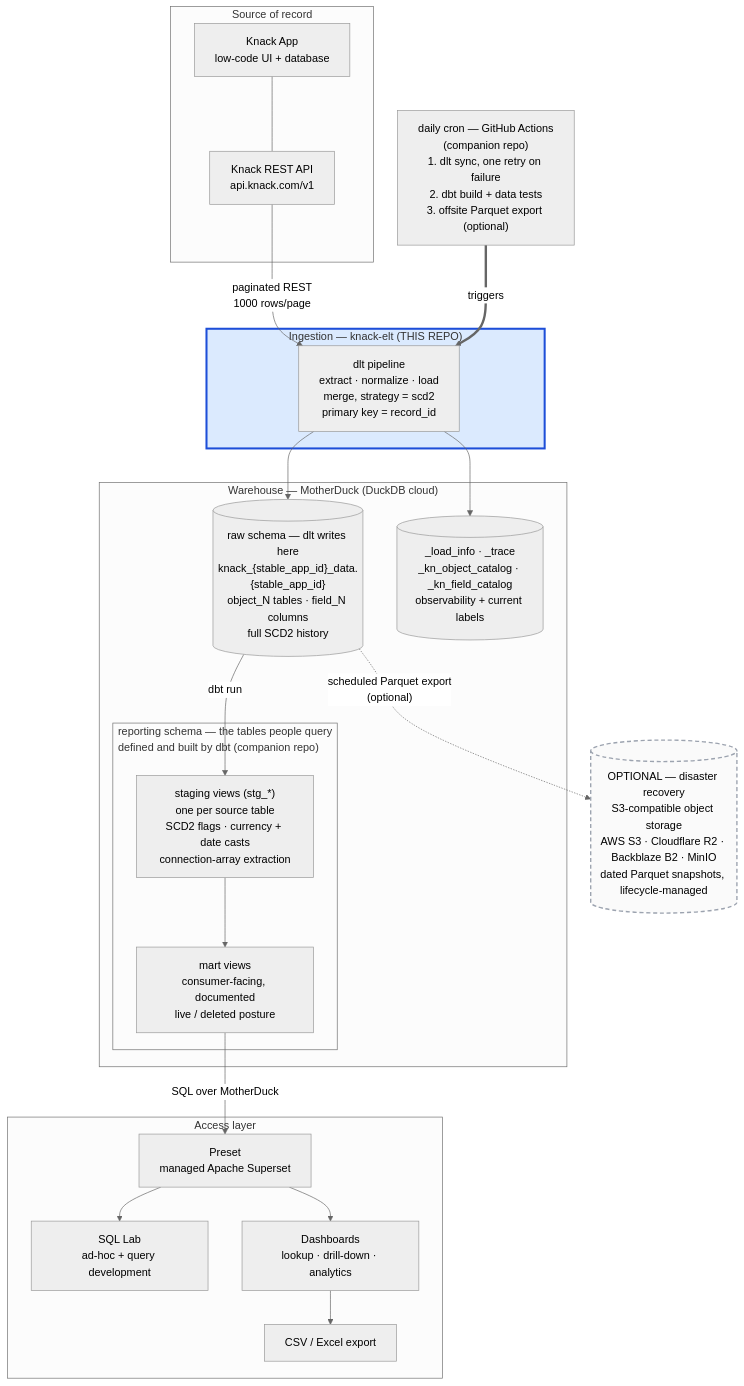
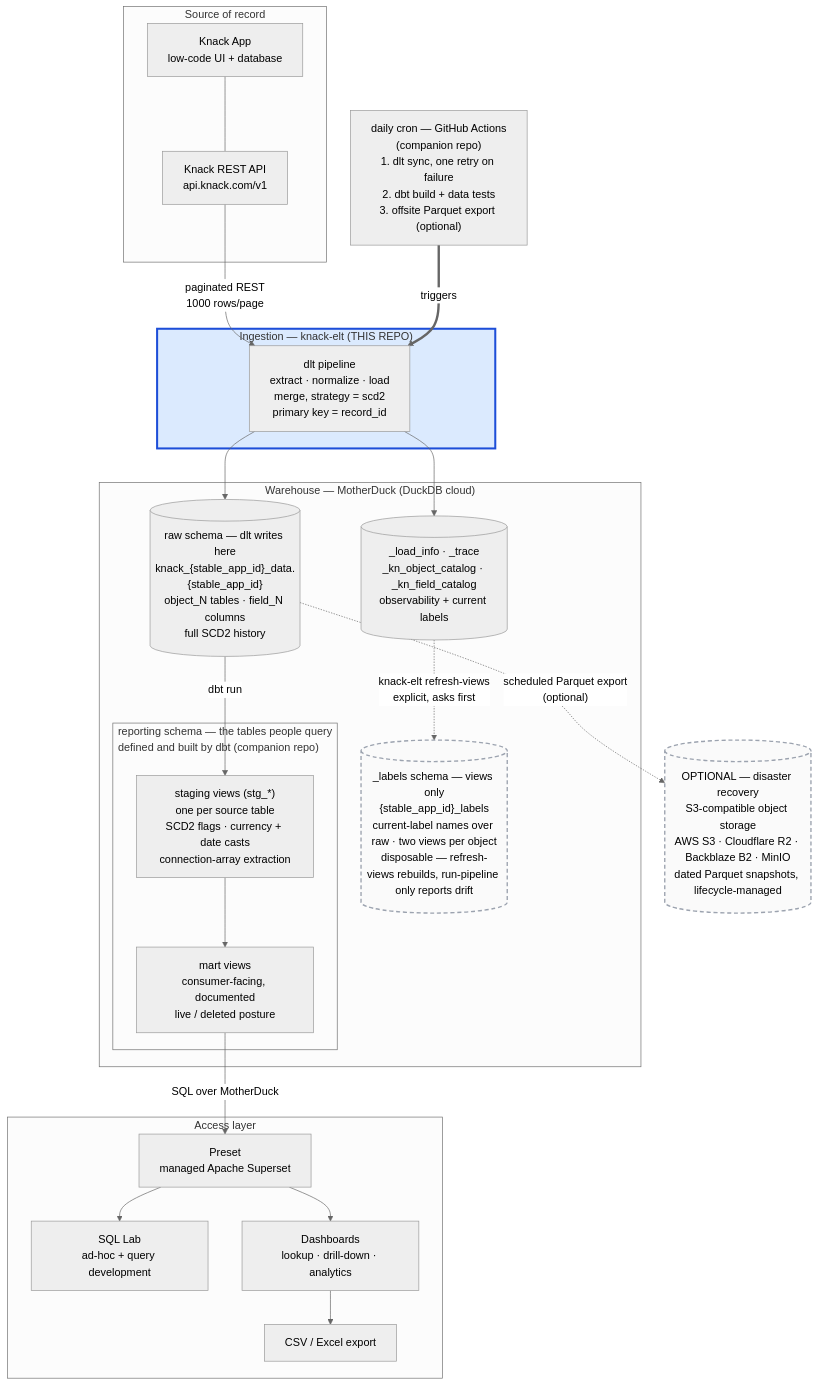
Before and after one commit to mcmasty/knack-elt: the second of 5 diagrams in docs/ARCHITECTURE.md, drawn with Mermaid (neutral theme). The commit also changed other lines of this file and 10 other files, not shown here.

````diff
--- a/docs/ARCHITECTURE.md
+++ b/docs/ARCHITECTURE.md
@@ -88,50 +88,53 @@
 ```mermaid
 flowchart TB
     subgraph src["Source of record"]
         knack["Knack App<br/>low-code UI + database"]
         kapi["Knack REST API<br/>api.knack.com/v1"]
         knack --- kapi
     end
 
     subgraph elt["Ingestion — knack-elt (THIS REPO)"]
         pipe["dlt pipeline<br/>extract · normalize · load<br/>merge, strategy = scd2<br/>primary key = record_id"]
     end
 
     subgraph md["Warehouse — MotherDuck (DuckDB cloud)"]
         raw[("raw schema — dlt writes here<br/>knack_{stable_app_id}_data.{stable_app_id}<br/>object_N tables · field_N columns<br/>full SCD2 history")]
         obs[("_load_info · _trace<br/>_kn_object_catalog · _kn_field_catalog<br/>observability + current labels")]
+        labels[("_labels schema — views only<br/>{stable_app_id}_labels<br/>current-label names over raw · two views per object<br/>disposable — refresh-views rebuilds, run-pipeline only reports drift")]
 
         subgraph rep["reporting schema — the tables people query<br/>defined and built by dbt (companion repo)"]
             stg["staging views (stg_*)<br/>one per source table<br/>SCD2 flags · currency + date casts<br/>connection-array extraction"]
             marts["mart views<br/>consumer-facing, documented<br/>live / deleted posture"]
             stg --> marts
         end
     end
 
     subgraph bi["Access layer"]
         preset["Preset<br/>managed Apache Superset"]
         lab["SQL Lab<br/>ad-hoc + query development"]
         dash["Dashboards<br/>lookup · drill-down · analytics"]
         exp["CSV / Excel export"]
         preset --> lab
         preset --> dash
         dash --> exp
     end
 
     kapi -->|"paginated REST<br/>1000 rows/page"| pipe
     pipe --> raw
     pipe --> obs
     raw -->|"dbt run"| stg
     marts -->|"SQL over MotherDuck"| preset
 
     cron["daily cron — GitHub Actions<br/>(companion repo)<br/>1. dlt sync, one retry on failure<br/>2. dbt build + data tests<br/>3. offsite Parquet export (optional)"]
     s3[("OPTIONAL — disaster recovery<br/>S3-compatible object storage<br/>AWS S3 · Cloudflare R2 · Backblaze B2 · MinIO<br/>dated Parquet snapshots, lifecycle-managed")]
 
     cron ==>|"triggers"| pipe
     raw -.->|"scheduled Parquet export<br/>(optional)"| s3
+    obs -.->|"knack-elt refresh-views<br/>explicit, asks first"| labels
 
     classDef here fill:#dbeafe,stroke:#1d4ed8,stroke-width:3px
     classDef optional fill:#fafafa,stroke:#9ca3af,stroke-width:2px,stroke-dasharray: 6 4
     class elt here
     class s3 optional
+    class labels optional
 ```
````
